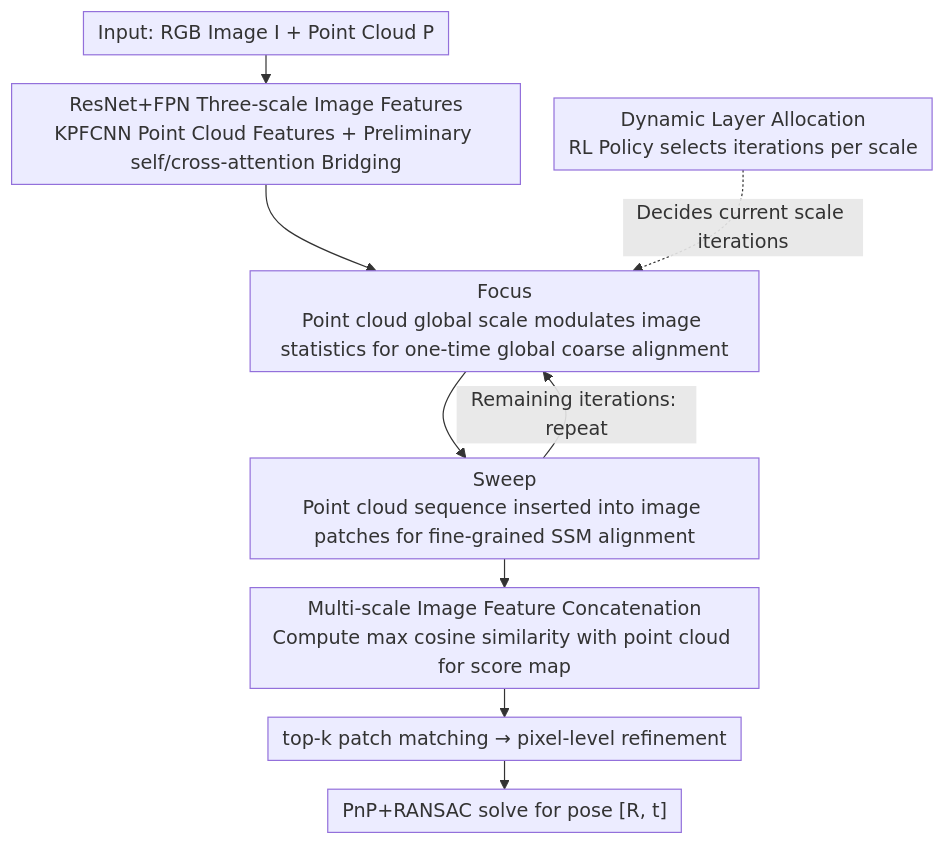
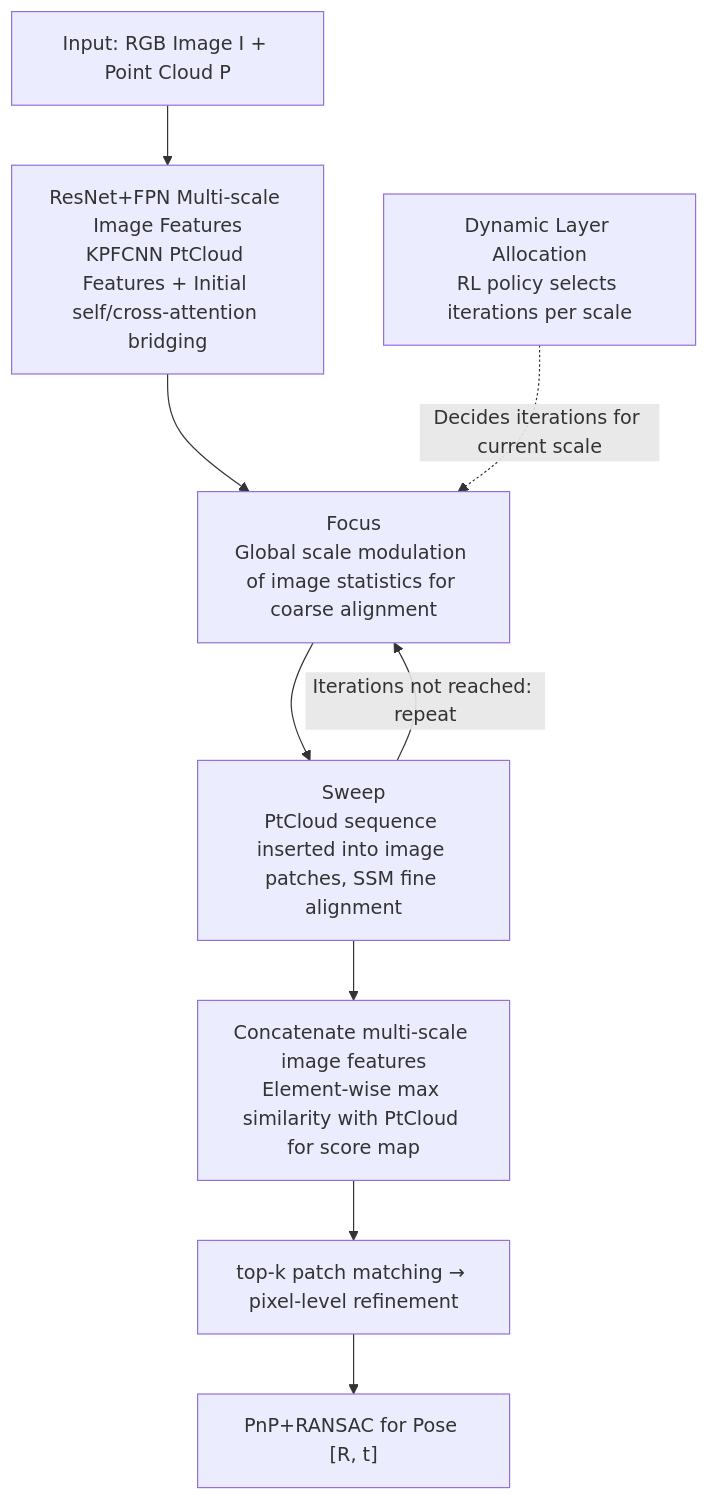
One commit to zhaoyang97/Paper-Notes-en changed the diagram in docs/ICML2026/3d_vision/fs-i2pa_hierarchical_focus-sweep_registration_network_with_dynamically_allocated.md. Above: the diagram before and after it, drawn with Mermaid. The commit also changed other lines of this file and 5084 other files, not shown here.

````diff
--- a/docs/ICML2026/3d_vision/fs-i2pa_hierarchical_focus-sweep_registration_network_with_dynamically_allocated.md
+++ b/docs/ICML2026/3d_vision/fs-i2pa_hierarchical_focus-sweep_registration_network_with_dynamically_allocated.md
@@ -46,12 +46,11 @@
 ```mermaid
-%%{init: {'flowchart': {'rankSpacing': 24, 'nodeSpacing': 28, 'padding': 6, 'wrappingWidth': 400}}}%%
-flowchart TD
-    A["Input: RGB Image I + Point Cloud P"] --> B["ResNet+FPN Three-scale Image Features<br/>KPFCNN Point Cloud Features + Preliminary self/cross-attention Bridging"]
-    B --> C["Focus<br/>Point cloud global scale modulates image statistics for one-time global coarse alignment"]
-    C --> D["Sweep<br/>Point cloud sequence inserted into image patches for fine-grained SSM alignment"]
-    L["Dynamic Layer Allocation<br/>RL Policy selects iterations per scale"] -.->|"Decides current scale iterations"| C
-    D -->|"Remaining iterations: repeat"| C
-    D --> E["Multi-scale Image Feature Concatenation<br/>Compute max cosine similarity with point cloud for score map"]
+graph TD
+    A["Input: RGB Image I + Point Cloud P"] --> B["ResNet+FPN Multi-scale Image Features<br/>KPFCNN PtCloud Features + Initial self/cross-attention bridging"]
+    B --> C["Focus<br/>Global scale modulation of image statistics for coarse alignment"]
+    C --> D["Sweep<br/>PtCloud sequence inserted into image patches, SSM fine alignment"]
+    L["Dynamic Layer Allocation<br/>RL policy selects iterations per scale"] -.->|"Decides iterations for current scale"| C
+    D -->|"Iterations not reached: repeat"| C
+    D --> E["Concatenate multi-scale image features<br/>Element-wise max similarity with PtCloud for score map"]
     E --> F["top-k patch matching → pixel-level refinement"]
-    F --> G["PnP+RANSAC solve for pose [R, t]"]
+    F --> G["PnP+RANSAC for Pose [R, t]"]
 ```
````
